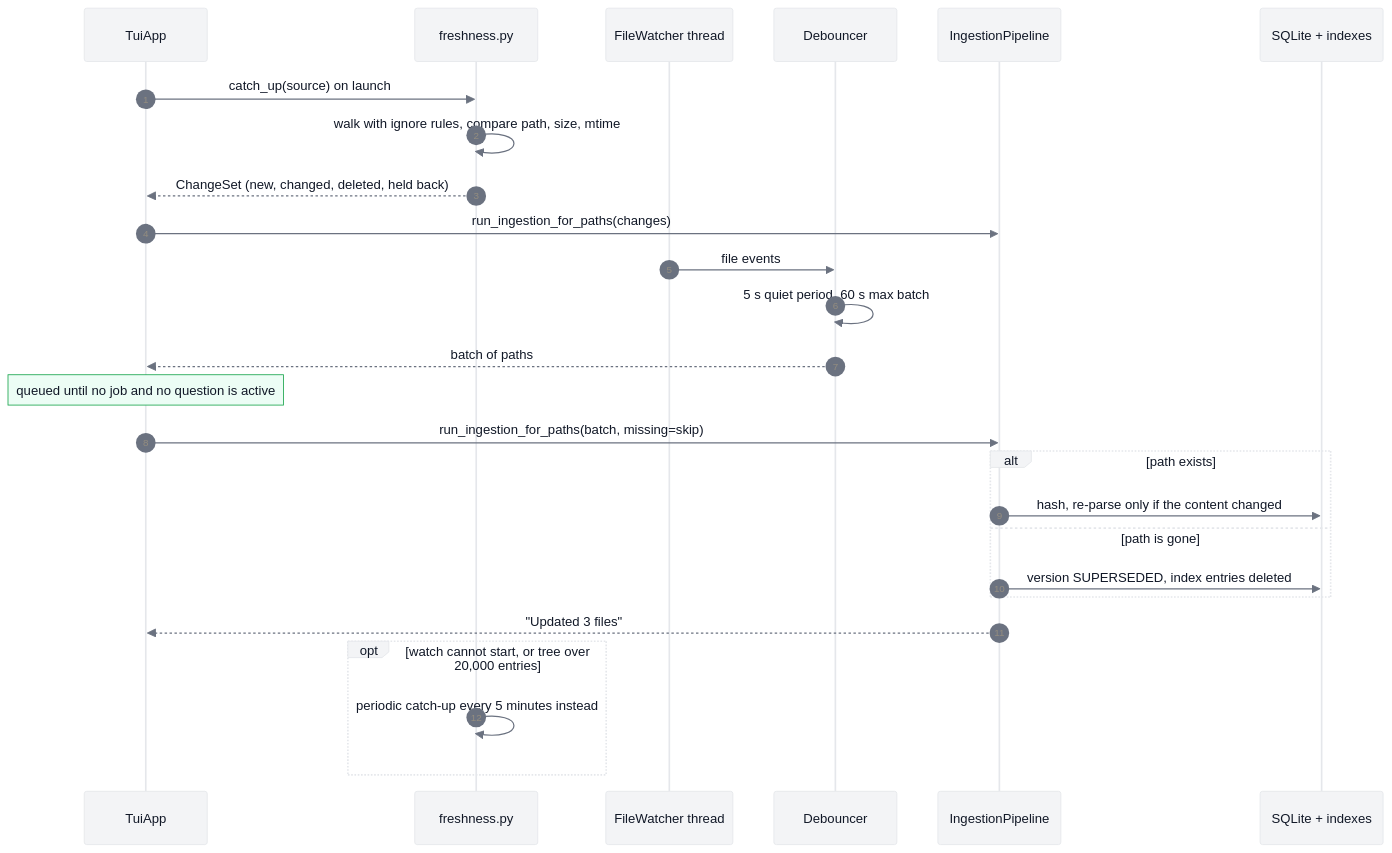
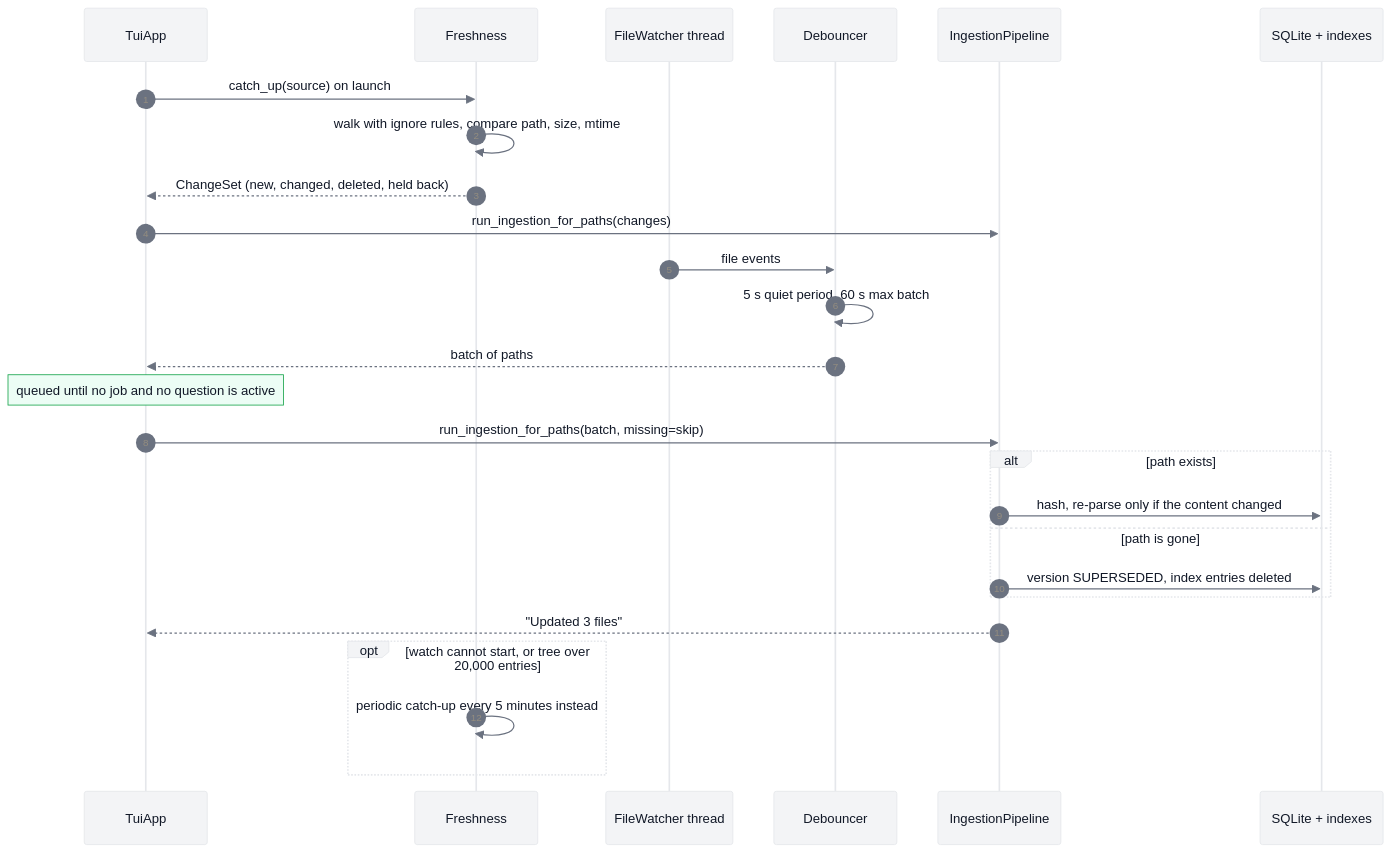
The eighth of 11 diagrams in Upgrade/18-current-architecture-sequences.md (notSylas/Docket), drawn with Mermaid before and after one commit. The commit also changed other lines of this file and 3 other files, not shown here.

Commit message:
docs(upgrade): remove source-file references from the architecture diagrams

````diff
--- a/Upgrade/18-current-architecture-sequences.md
+++ b/Upgrade/18-current-architecture-sequences.md
@@ -310,29 +296,29 @@
 ```mermaid
 %%{init: {'theme':'base','themeVariables':{'primaryColor':'#F3F4F6','primaryBorderColor':'#E5E7EB','primaryTextColor':'#111827','lineColor':'#6B7280','actorBkg':'#F3F4F6','actorBorder':'#E5E7EB','actorTextColor':'#111827','signalColor':'#6B7280','signalTextColor':'#111827','noteBkgColor':'#ECFDF5','noteBorderColor':'#16A34A','noteTextColor':'#111827','activationBkgColor':'#ECFDF5','activationBorderColor':'#16A34A','fontFamily':'ui-sans-serif, system-ui, sans-serif'}}}%%
 sequenceDiagram
     autonumber
     participant UI as TuiApp
-    participant F as freshness.py
+    participant F as Freshness
     participant W as FileWatcher thread
     participant D as Debouncer
     participant P as IngestionPipeline
     participant DB as SQLite + indexes
     UI->>F: catch_up(source) on launch
     F->>F: walk with ignore rules, compare path, size, mtime
     F-->>UI: ChangeSet (new, changed, deleted, held back)
     UI->>P: run_ingestion_for_paths(changes)
     W->>D: file events
     D->>D: 5 s quiet period, 60 s max batch
     D-->>UI: batch of paths
     Note over UI: queued until no job and no question is active
     UI->>P: run_ingestion_for_paths(batch, missing=skip)
     alt path exists
         P->>DB: hash, re-parse only if the content changed
     else path is gone
         P->>DB: version SUPERSEDED, index entries deleted
     end
     P-->>UI: "Updated 3 files"
     opt watch cannot start, or tree over 20,000 entries
         F->>F: periodic catch-up every 5 minutes instead
     end
 ```
````
